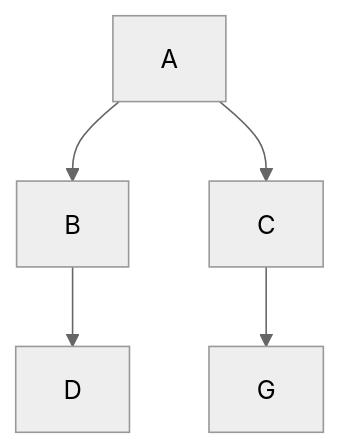
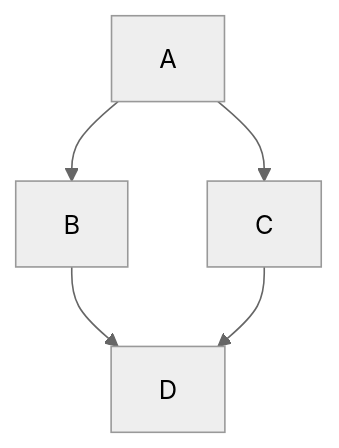
Before and after one commit to SimonHawkin/SimonHawkin.github.io: the diagram in README.md, drawn with Mermaid (neutral theme).

````diff
--- a/README.md
+++ b/README.md
@@ -6,7 +6,7 @@
 ```mermaid
 flowchart TD;
   A-->B;
   A-->C;
   B-->D;
-  C-->G;
+  C-->D;
 ```
````
